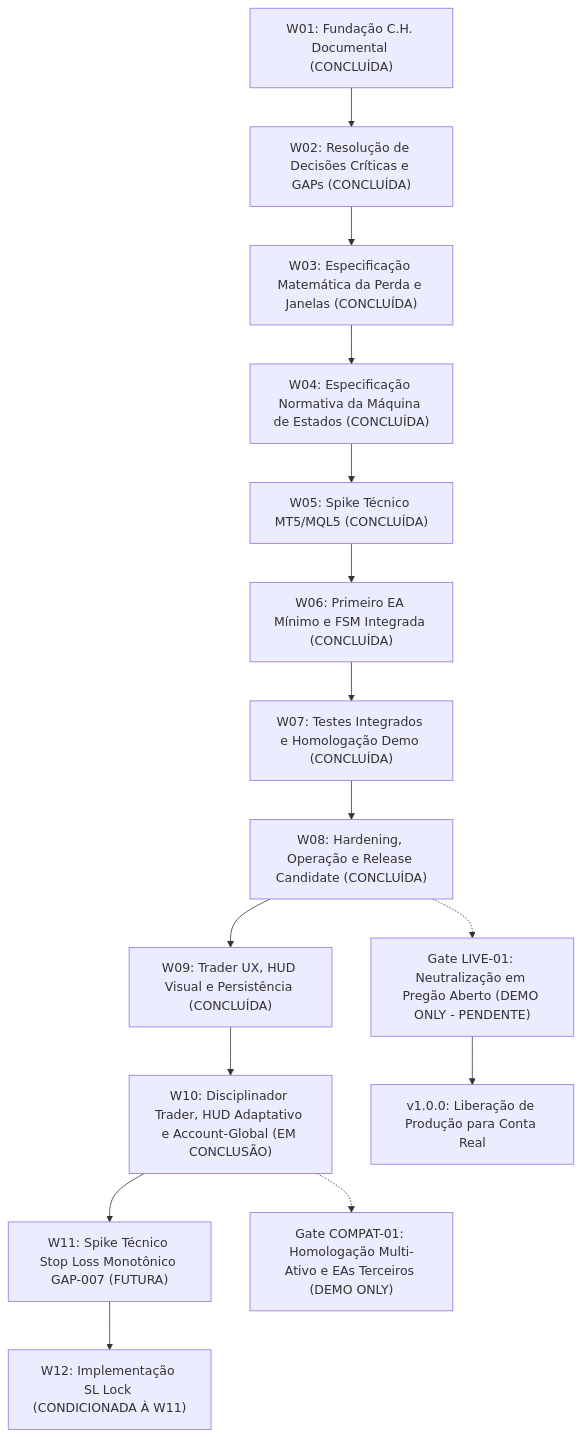
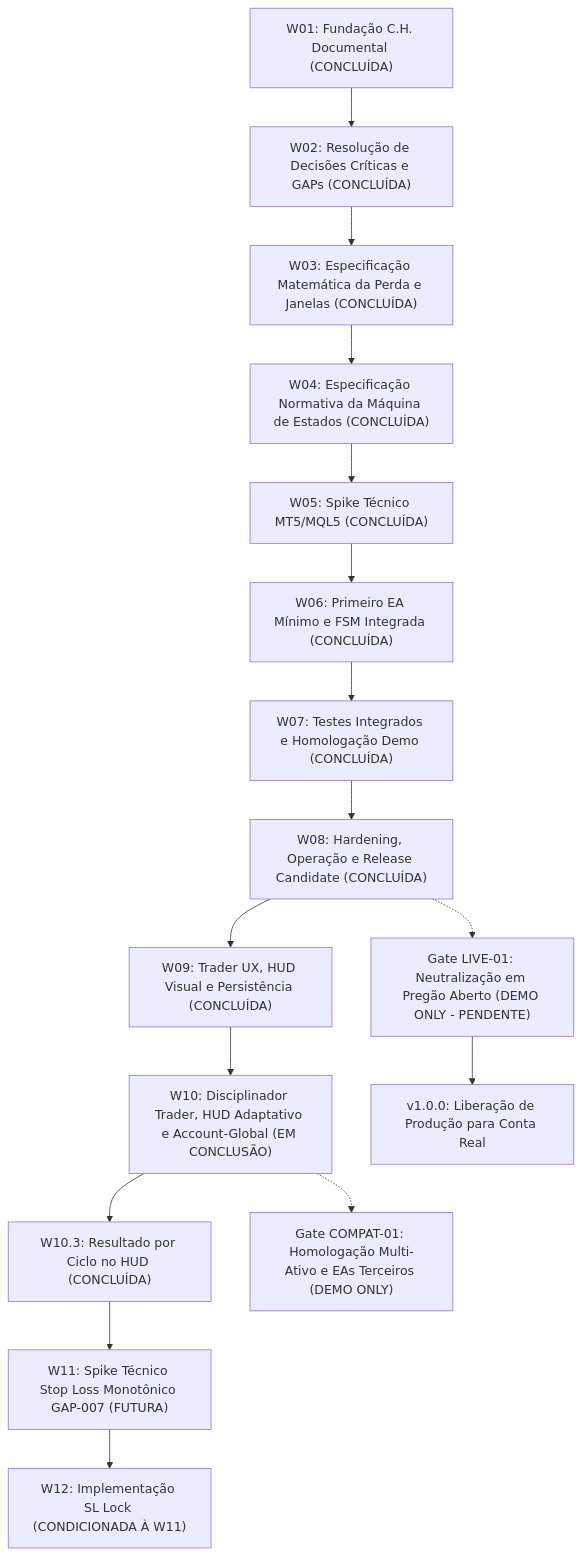
Before and after one commit to hallanbrito/eddytrader: the diagram in docs/09-ROADMAP.md, drawn with Mermaid. The commit also changed other lines of this file and 7 other files, not shown here.

Commit message:
feat: exibir resultado do ciclo no HUD

````diff
--- a/docs/09-ROADMAP.md
+++ b/docs/09-ROADMAP.md
@@ -9,17 +9,18 @@
 ```mermaid
 flowchart TD
     W01["W01: Fundação C.H. Documental (CONCLUÍDA)"] --> W02["W02: Resolução de Decisões Críticas e GAPs (CONCLUÍDA)"]
     W02 --> W03["W03: Especificação Matemática da Perda e Janelas (CONCLUÍDA)"]
     W03 --> W04["W04: Especificação Normativa da Máquina de Estados (CONCLUÍDA)"]
     W04 --> W05["W05: Spike Técnico MT5/MQL5 (CONCLUÍDA)"]
     W05 --> W06["W06: Primeiro EA Mínimo e FSM Integrada (CONCLUÍDA)"]
     W06 --> W07["W07: Testes Integrados e Homologação Demo (CONCLUÍDA)"]
     W07 --> W08["W08: Hardening, Operação e Release Candidate (CONCLUÍDA)"]
     W08 --> W09["W09: Trader UX, HUD Visual e Persistência (CONCLUÍDA)"]
     W09 --> W10["W10: Disciplinador Trader, HUD Adaptativo e Account-Global (EM CONCLUSÃO)"]
-    W10 --> W11["W11: Spike Técnico Stop Loss Monotônico GAP-007 (FUTURA)"]
+    W10 --> W103["W10.3: Resultado por Ciclo no HUD (CONCLUÍDA)"]
+    W103 --> W11["W11: Spike Técnico Stop Loss Monotônico GAP-007 (FUTURA)"]
     W11 --> W12["W12: Implementação SL Lock (CONDICIONADA À W11)"]
     W10 -.-> COMPAT01["Gate COMPAT-01: Homologação Multi-Ativo e EAs Terceiros (DEMO ONLY)"]
     W08 -.-> LIVE01["Gate LIVE-01: Neutralização em Pregão Aberto (DEMO ONLY - PENDENTE)"]
     LIVE01 --> V10["v1.0.0: Liberação de Produção para Conta Real"]
 ```
````
